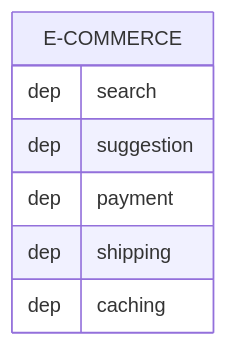
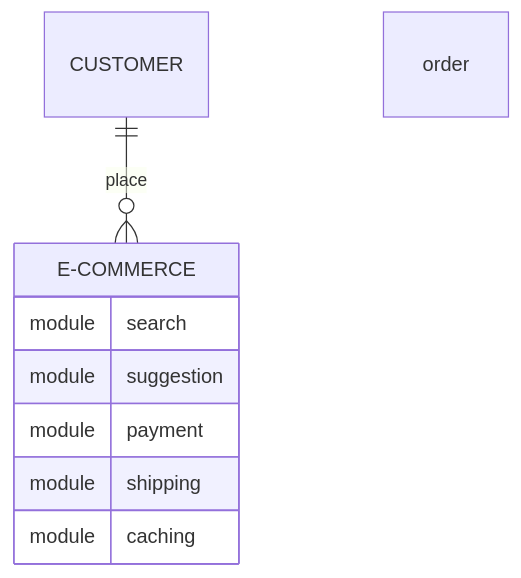
Before and after one commit to beezy-cloud/project-pancake: the first of 2 diagrams in docs/concepts.md, drawn with Mermaid. The commit also changed other lines of this file, not shown here.

````diff
--- a/docs/concepts.md
+++ b/docs/concepts.md
@@ -45,10 +45,11 @@
 ```mermaid
     erDiagram
+    CUSTOMER ||--o{ E-COMMERCE : place order
     E-COMMERCE {
-      dep search
-      dep suggestion
-      dep payment
-      dep shipping
-      dep caching
+      module search
+      module suggestion
+      module payment
+      module shipping
+      module caching
     }
 ```
````
